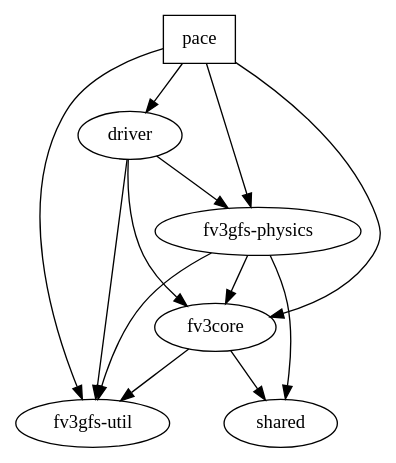
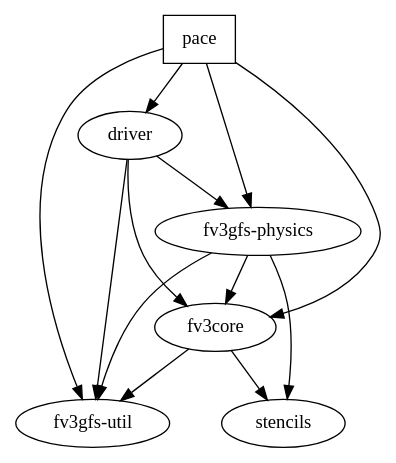
The diagram in dependencies.dot (ai2cm/pace), drawn with Graphviz before and after one commit. The commit also changed 12 other files, not shown here.

```diff
--- a/dependencies.dot
+++ b/dependencies.dot
@@ -1,27 +1,27 @@
 # this dotfile is used as a reference source for project dependencies
 # each folder entry must have a "label" equal to its directory name
 #
 # If you update this file, please re-generate the svg with `make dependencies.svg`
 # and commit it to the repository
 
 digraph {
   pace [shape=box]
   fv3core [shape=oval, label="fv3core"]
   driver [shape=oval, label="driver"]
   physics [shape=oval, label="fv3gfs-physics"]
   util [shape=oval, label="fv3gfs-util"]
 
   pace -> fv3core
   pace -> physics
   pace -> util
   pace -> driver
   driver -> fv3core
   driver -> physics
   driver -> util
   fv3core -> util
   physics -> util
   physics -> fv3core
-  fv3core -> shared
-  physics -> shared
+  fv3core -> stencils
+  physics -> stencils
 
 }
```
